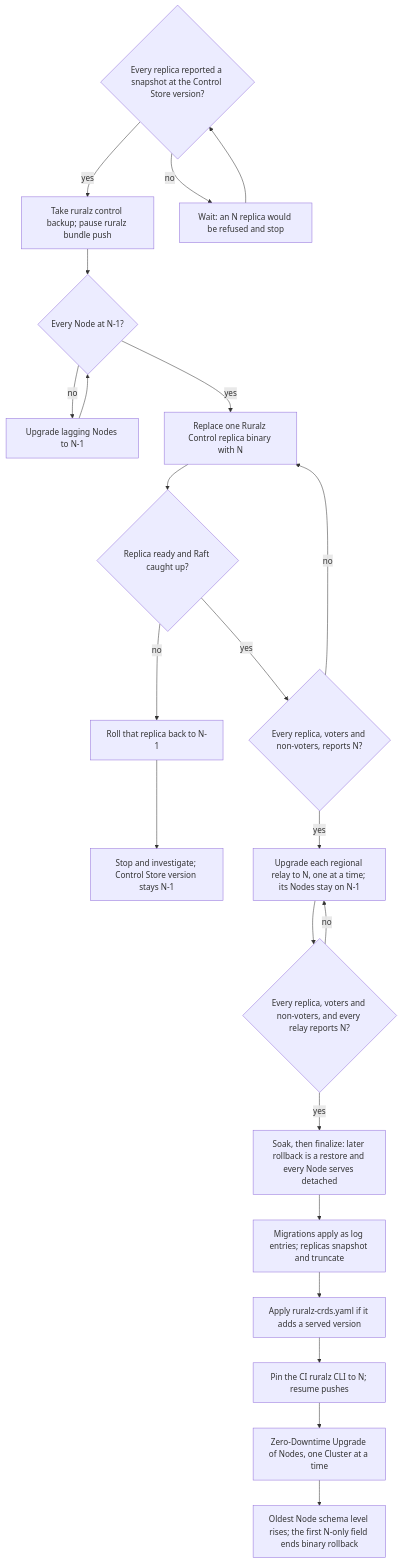
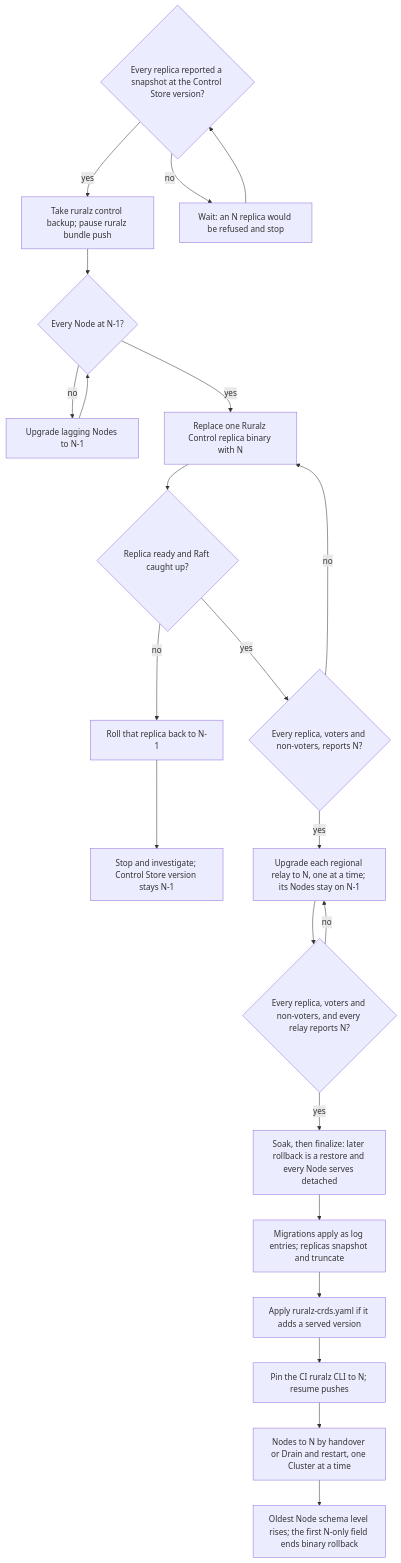
Before and after one commit to ravindu-rev/ruralz: the second of 3 diagrams in docs/engineering/04-release-versioning-and-compatibility.md, drawn with Mermaid. The commit also changed other lines of this file and 29 other files, not shown here.

````diff
--- a/docs/engineering/04-release-versioning-and-compatibility.md
+++ b/docs/engineering/04-release-versioning-and-compatibility.md
@@ -193,42 +193,42 @@
 ```mermaid
 flowchart TD
     p{"Every replica reported a snapshot at the Control Store version?"}
     a["Take ruralz control backup; pause ruralz bundle push"]
     b{"Every Node at N-1?"}
     c["Upgrade lagging Nodes to N-1"]
     d["Replace one Ruralz Control replica binary with N"]
     e{"Replica ready and Raft caught up?"}
     f["Roll that replica back to N-1"]
     s["Stop and investigate; Control Store version stays N-1"]
     w["Wait: an N replica would be refused and stop"]
     g{"Every replica, voters and non-voters, reports N?"}
     r["Upgrade each regional relay to N, one at a time; its Nodes stay on N-1"]
     t{"Every replica, voters and non-voters, and every relay reports N?"}
     h["Soak, then finalize: later rollback is a restore and every Node serves detached"]
     m["Migrations apply as log entries; replicas snapshot and truncate"]
     q["Apply ruralz-crds.yaml if it adds a served version"]
     i["Pin the CI ruralz CLI to N; resume pushes"]
-    j["Zero-Downtime Upgrade of Nodes, one Cluster at a time"]
+    j["Nodes to N by handover or Drain and restart, one Cluster at a time"]
     k["Oldest Node schema level rises; the first N-only field ends binary rollback"]
     p -- "yes" --> a
     p -- "no" --> w
     w --> p
     a --> b
     b -- "no" --> c
     c --> b
     b -- "yes" --> d
     d --> e
     e -- "no" --> f
     f --> s
     e -- "yes" --> g
     g -- "no" --> d
     g -- "yes" --> r
     r --> t
     t -- "no" --> r
     t -- "yes" --> h
     h --> m
     m --> q
     q --> i
     i --> j
     j --> k
 ```
````
